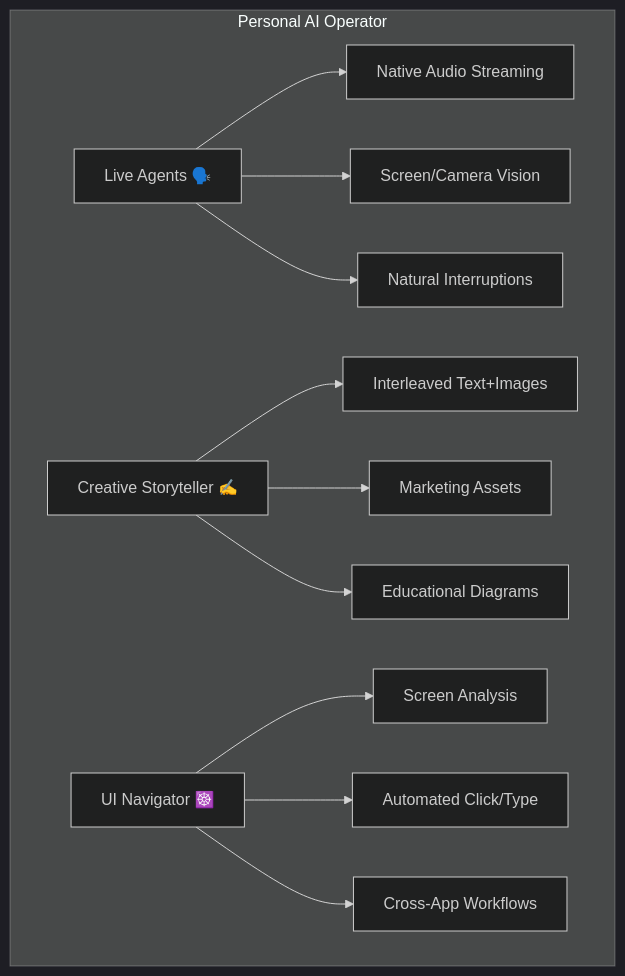
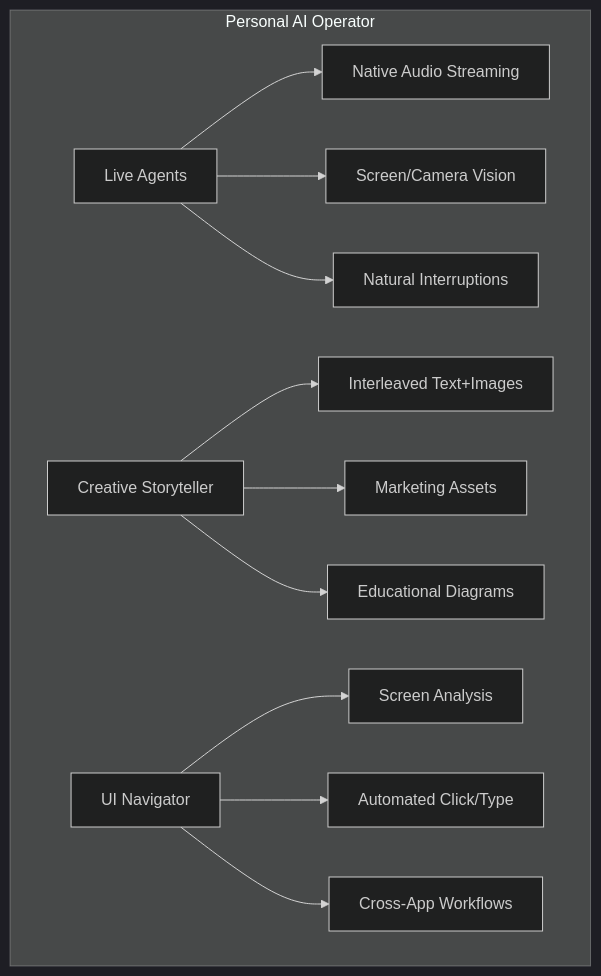
One commit to umairWali/gemini_live_agent changed the first of 3 diagrams in architecture.md. Above: the diagram before and after it, drawn with Mermaid (dark theme). The commit also changed other lines of this file and 1 other file, not shown here.

Commit message:
docs: remove emojis from readme and architecture docs for a professional look

````diff
--- a/architecture.md
+++ b/architecture.md
@@ -15,20 +15,20 @@
 ```mermaid
 graph TB
     subgraph "Personal AI Operator"
-        A[Live Agents 🗣️]
-        B[Creative Storyteller ✍️]
-        C[UI Navigator ☸️]
+        A[Live Agents ]
+        B[Creative Storyteller ]
+        C[UI Navigator ]
         
         A --> A1[Native Audio Streaming]
         A --> A2[Screen/Camera Vision]
         A --> A3[Natural Interruptions]
         
         B --> B1[Interleaved Text+Images]
         B --> B2[Marketing Assets]
         B --> B3[Educational Diagrams]
         
         C --> C1[Screen Analysis]
         C --> C2[Automated Click/Type]
         C --> C3[Cross-App Workflows]
     end
 ```
````
